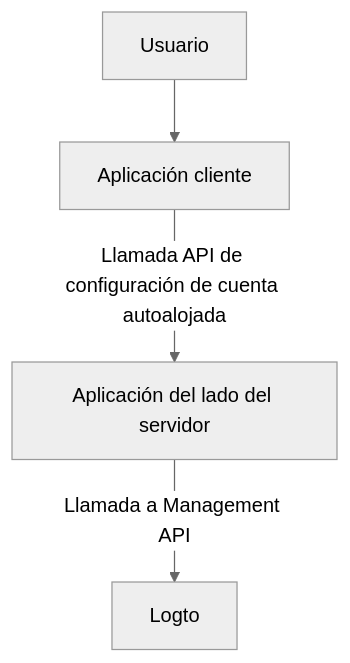
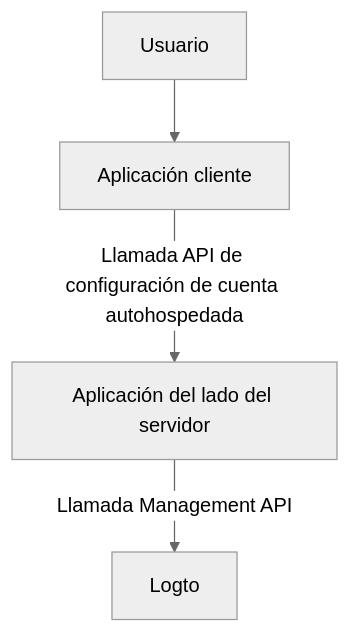
Before and after one commit to logto-io/docs: the first of 3 diagrams in i18n/es/docusaurus-plugin-content-docs/current/end-user-flows/account-settings/by-management-api.mdx, drawn with Mermaid (neutral theme). The commit also changed other lines of this file and 174 other files, not shown here.

````diff
--- a/i18n/es/docusaurus-plugin-content-docs/current/end-user-flows/account-settings/by-management-api.mdx
+++ b/i18n/es/docusaurus-plugin-content-docs/current/end-user-flows/account-settings/by-management-api.mdx
@@ -13,6 +13,6 @@
 ```mermaid
   graph TB
     A[Usuario] --> B[Aplicación cliente]
-    B -->|Llamada API de configuración de cuenta autoalojada|C[Aplicación del lado del servidor]
-    C -->|Llamada a Management API| D[Logto]
+    B -->|Llamada API de configuración de cuenta autohospedada|C[Aplicación del lado del servidor]
+    C -->|Llamada Management API| D[Logto]
 ```
````
